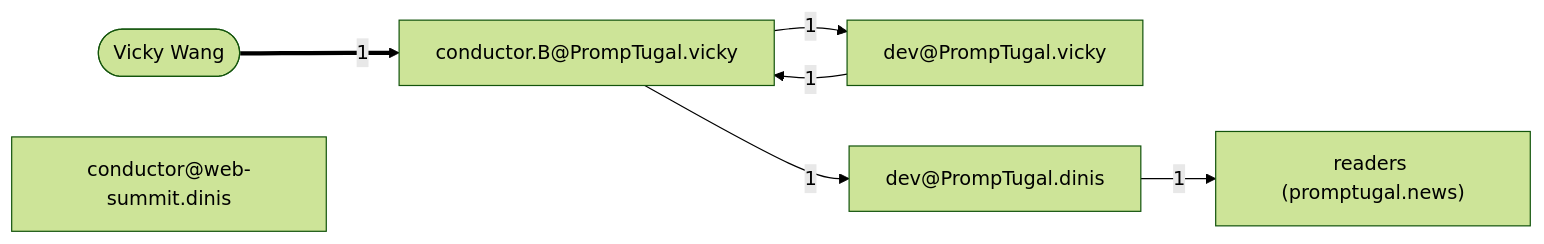
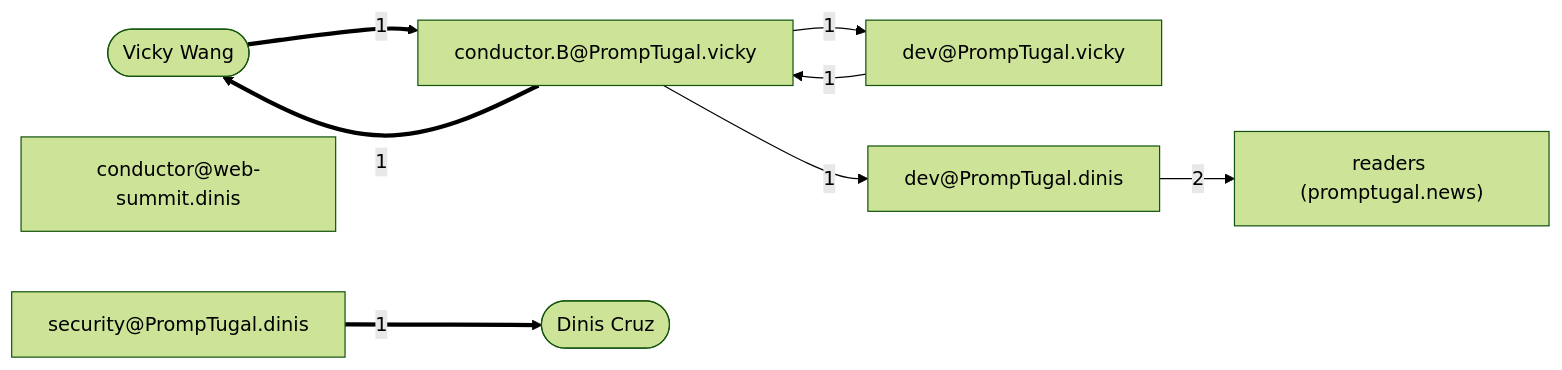
The diagram in board/team/journalist.newsroom/materials/the-stale-page/flow.mmd (PrompTugal/PrompTugal__News__Website), drawn with Mermaid (forest theme) before and after one commit. The commit also changed 33 other files, not shown here.

First line of the commit message:
journalist.newsroom@PrompTugal.dinis: wake 12:58: Lisbon Fringe draft 1; the storm draft 8; the night shift draft 4; the stale page offered

```diff
--- a/board/team/journalist.newsroom/materials/the-stale-page/flow.mmd
+++ b/board/team/journalist.newsroom/materials/the-stale-page/flow.mmd
@@ -1,12 +1,16 @@
 flowchart LR
   A0(["Vicky Wang"])
   A1["conductor.B@PrompTugal.vicky"]
   A2["dev@PrompTugal.vicky"]
   A3["dev@PrompTugal.dinis"]
   A4["conductor@web-summit.dinis"]
   A5["readers (promptugal.news)"]
+  A6["security@PrompTugal.dinis"]
+  A7(["Dinis Cruz"])
   A0 ==>|1| A1
   A1 -->|1| A2
   A2 -->|1| A1
   A1 -->|1| A3
-  A3 -->|1| A5
+  A3 -->|2| A5
+  A1 ==>|1| A0
+  A6 ==>|1| A7
```
